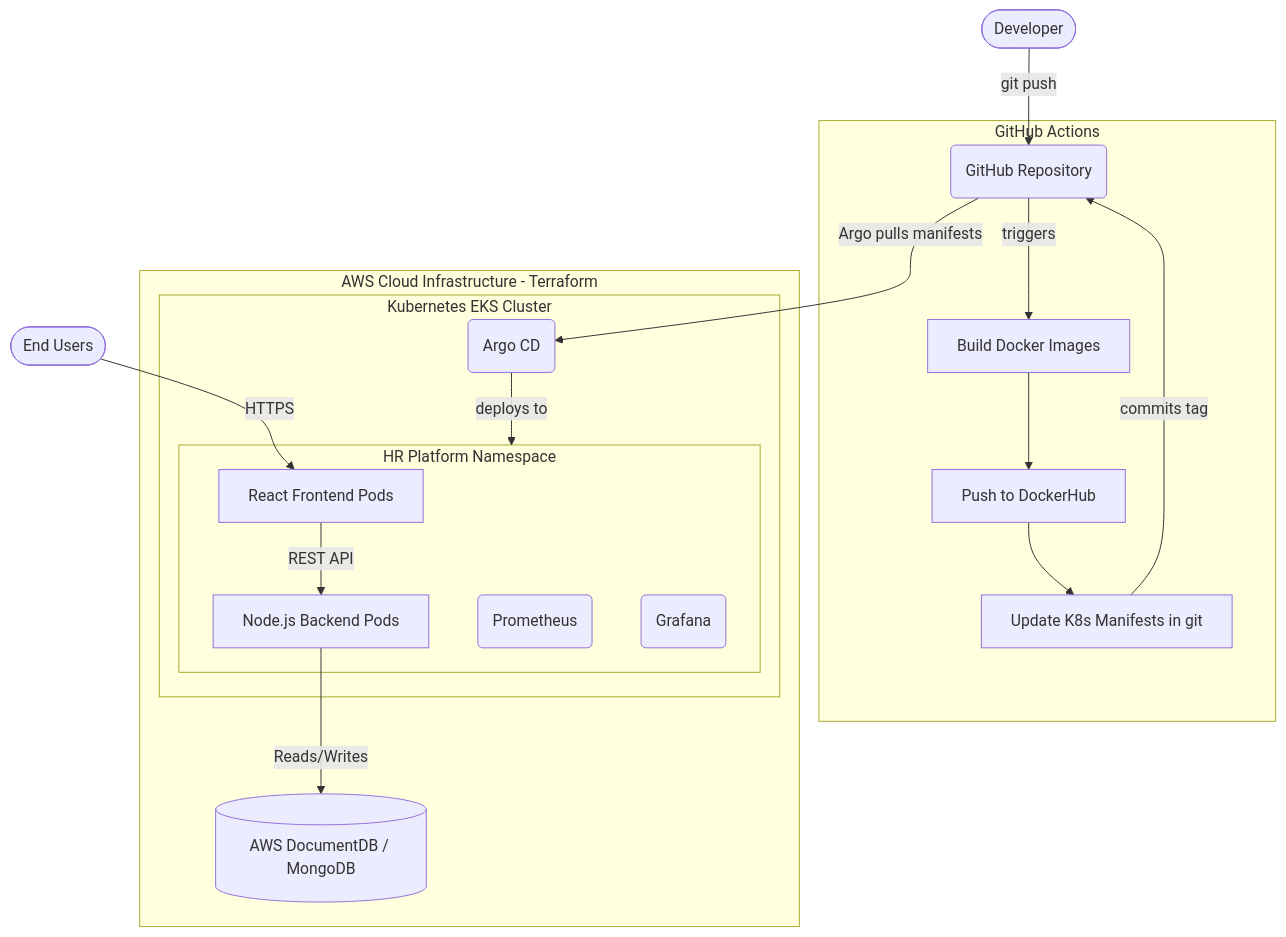
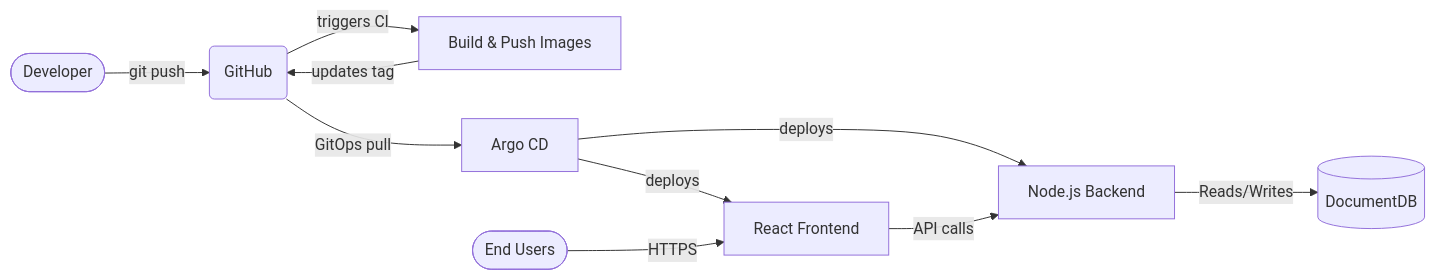
The diagram in README.md (Jeffrin2005/HR-Devops-Practice), drawn with Mermaid before and after one commit.

Commit message:
Simplify architecture diagram for better horizontal rendering

````diff
--- a/README.md
+++ b/README.md
@@ -7,34 +7,17 @@
 ```mermaid
-graph TD
-    Developer([Developer]) -->|git push| GitHub(GitHub Repository)
+flowchart LR
+    Dev([Developer]) -->|git push| GH(GitHub)
     
-    subgraph CI Pipeline [GitHub Actions]
-        GitHub -->|triggers| Build[Build Docker Images]
-        Build --> Push[Push to DockerHub]
-        Push --> UpdateManifest[Update K8s Manifests in git]
-        UpdateManifest -->|commits tag| GitHub
-    end
-
-    subgraph AWS Cloud [AWS Cloud Infrastructure - Terraform]
-        subgraph EKS Cluster [Kubernetes EKS Cluster]
-            ArgoCD(Argo CD)
-            
-            subgraph hr-namespace [HR Platform Namespace]
-                Frontend[React Frontend Pods]
-                Backend[Node.js Backend Pods]
-                Prometheus(Prometheus)
-                Grafana(Grafana)
-            end
-            
-            Frontend -->|REST API| Backend
-        end
-        
-        DocDB[(AWS DocumentDB / MongoDB)]
-        Backend -->|Reads/Writes| DocDB
-    end
+    GH -->|triggers CI| Build[Build & Push Images]
+    Build -->|updates tag| GH
     
-    GitHub -->|Argo pulls manifests| ArgoCD
-    ArgoCD -->|deploys to| hr-namespace
+    GH -->|GitOps pull| Argo[Argo CD]
     
-    User([End Users]) -->|HTTPS| Frontend
+    Argo -->|deploys| Frontend[React Frontend]
+    Argo -->|deploys| Backend[Node.js Backend]
+    
+    Frontend -->|API calls| Backend
+    Backend -->|Reads/Writes| DB[(DocumentDB)]
+    
+    Users([End Users]) -->|HTTPS| Frontend
 ```
````
